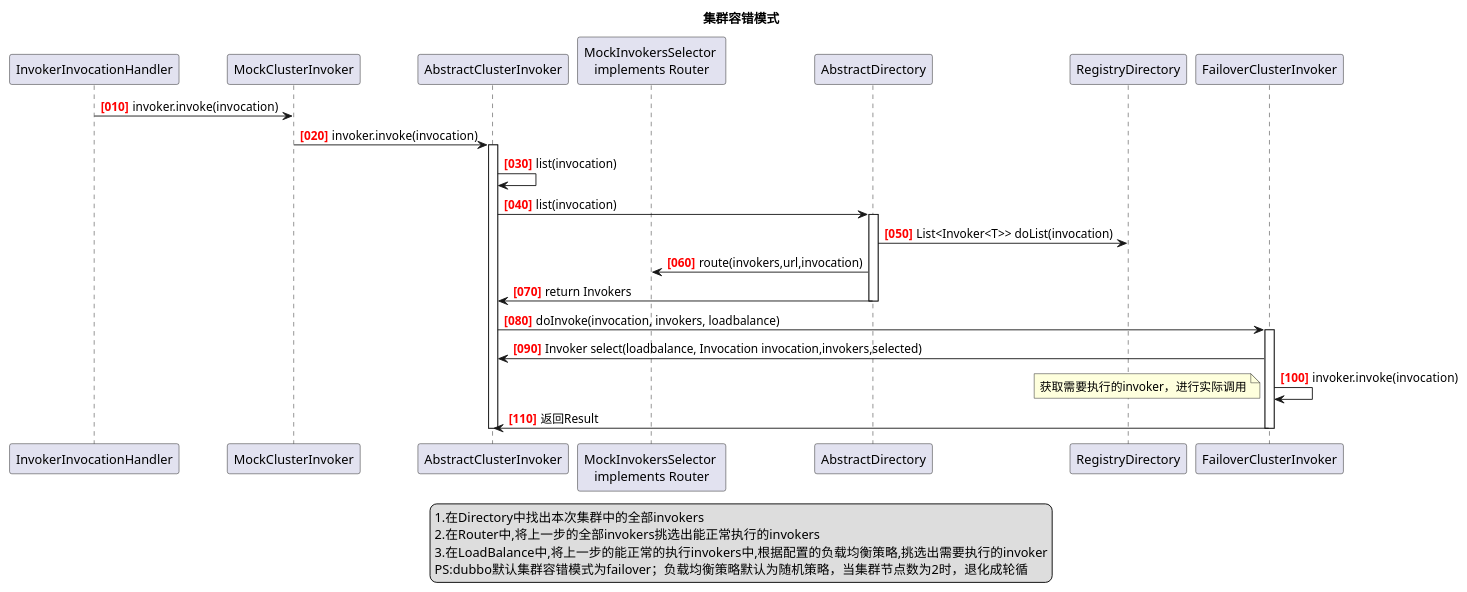
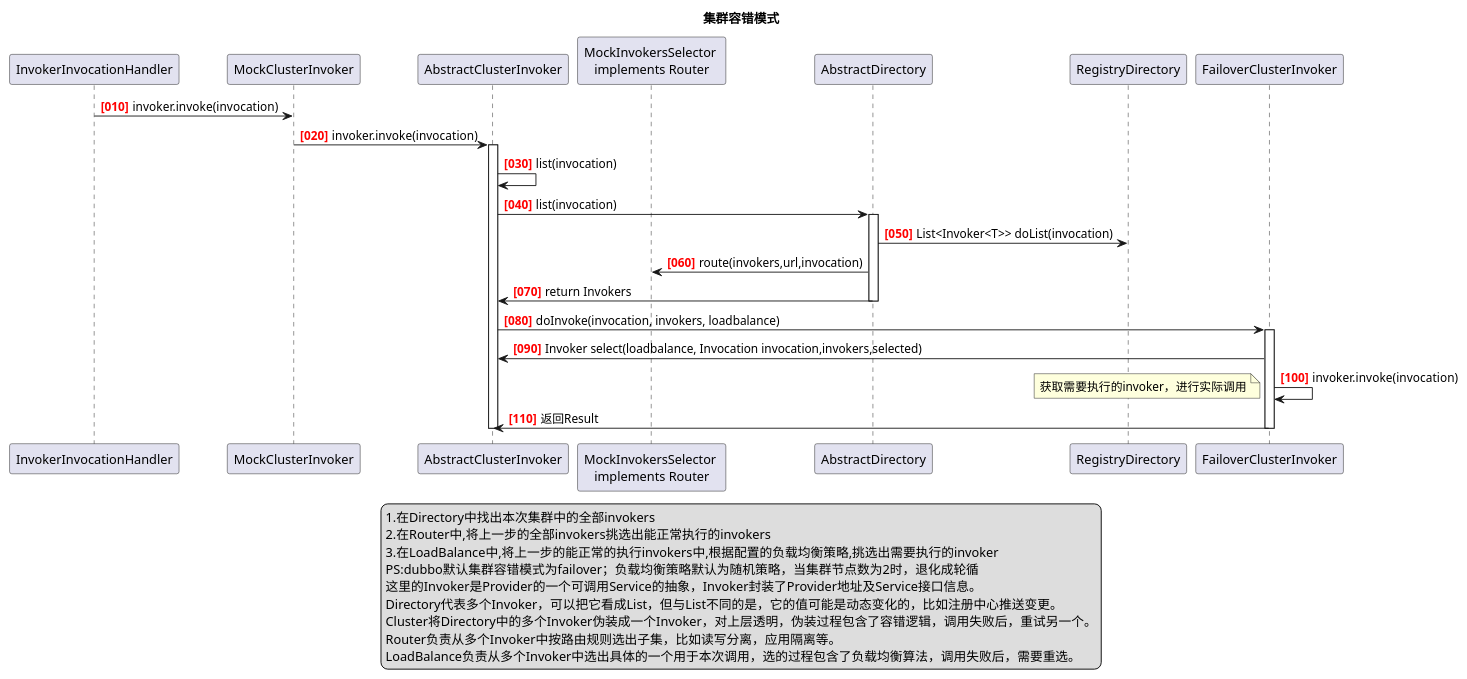
One commit to newbigTech/myDesignPattern changed the diagram in uml/dubbo/消费端调用服务-集群容错模式.puml. Above: the diagram before and after it, drawn with PlantUML. The commit also changed 1 other file, not shown here.

Commit message:
uml图

```diff
--- a/uml/dubbo/消费端调用服务-集群容错模式.puml
+++ b/uml/dubbo/消费端调用服务-集群容错模式.puml
@@ -1,38 +1,43 @@
 @startuml
 participant InvokerInvocationHandler
 participant MockClusterInvoker
 participant AbstractClusterInvoker
 participant "MockInvokersSelector \nimplements Router" as MockInvokersSelector
 'participant FailoverClusterInvoker
 
 title 集群容错模式
 autonumber 10 10 "<font color=red><b>[000]"
 InvokerInvocationHandler ->   MockClusterInvoker:invoker.invoke(invocation)
 MockClusterInvoker       ->   AbstractClusterInvoker:invoker.invoke(invocation)
 activate AbstractClusterInvoker
 AbstractClusterInvoker   ->   AbstractClusterInvoker:list(invocation)
 AbstractClusterInvoker   ->   AbstractDirectory:list(invocation)
 activate AbstractDirectory
 AbstractDirectory   ->   RegistryDirectory:List<Invoker<T>> doList(invocation)
 AbstractDirectory        ->   MockInvokersSelector:route(invokers,url,invocation)
 AbstractDirectory        ->   AbstractClusterInvoker:return Invokers
 deactivate AbstractDirectory
 AbstractClusterInvoker   -> FailoverClusterInvoker:doInvoke(invocation, invokers, loadbalance)
 activate FailoverClusterInvoker
 FailoverClusterInvoker   -> AbstractClusterInvoker:Invoker select(loadbalance, Invocation invocation,invokers,selected)
 FailoverClusterInvoker   -> FailoverClusterInvoker:invoker.invoke(invocation)
 note left
 获取需要执行的invoker，进行实际调用
 endnote
 FailoverClusterInvoker   -> AbstractClusterInvoker:返回Result
 deactivate FailoverClusterInvoker
 deactivate AbstractClusterInvoker
 
 legend center
     1.在Directory中找出本次集群中的全部invokers
     2.在Router中,将上一步的全部invokers挑选出能正常执行的invokers
     3.在LoadBalance中,将上一步的能正常的执行invokers中,根据配置的负载均衡策略,挑选出需要执行的invoker
     PS:dubbo默认集群容错模式为failover；负载均衡策略默认为随机策略，当集群节点数为2时，退化成轮循
+    这里的Invoker是Provider的一个可调用Service的抽象，Invoker封装了Provider地址及Service接口信息。
+    Directory代表多个Invoker，可以把它看成List，但与List不同的是，它的值可能是动态变化的，比如注册中心推送变更。
+    Cluster将Directory中的多个Invoker伪装成一个Invoker，对上层透明，伪装过程包含了容错逻辑，调用失败后，重试另一个。
+    Router负责从多个Invoker中按路由规则选出子集，比如读写分离，应用隔离等。
+    LoadBalance负责从多个Invoker中选出具体的一个用于本次调用，选的过程包含了负载均衡算法，调用失败后，需要重选。
 endlegend
 
 @enduml
```
